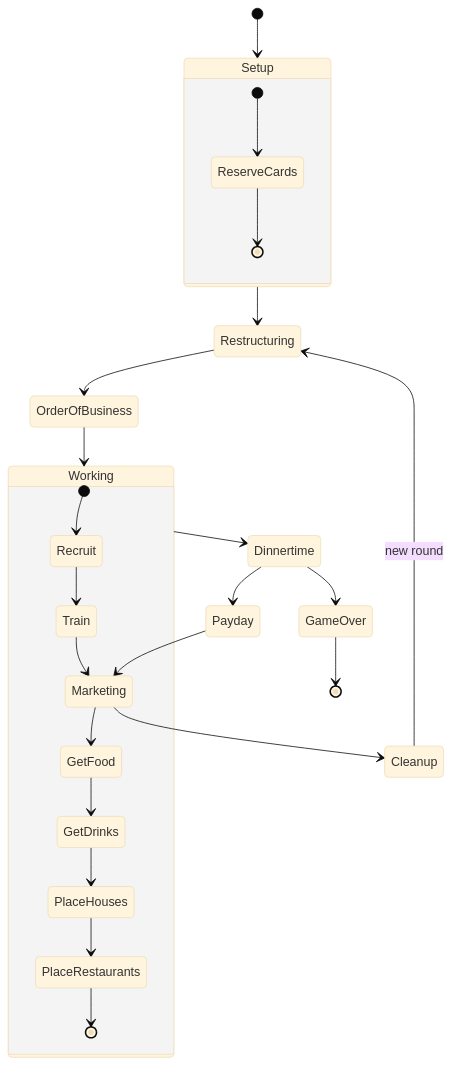
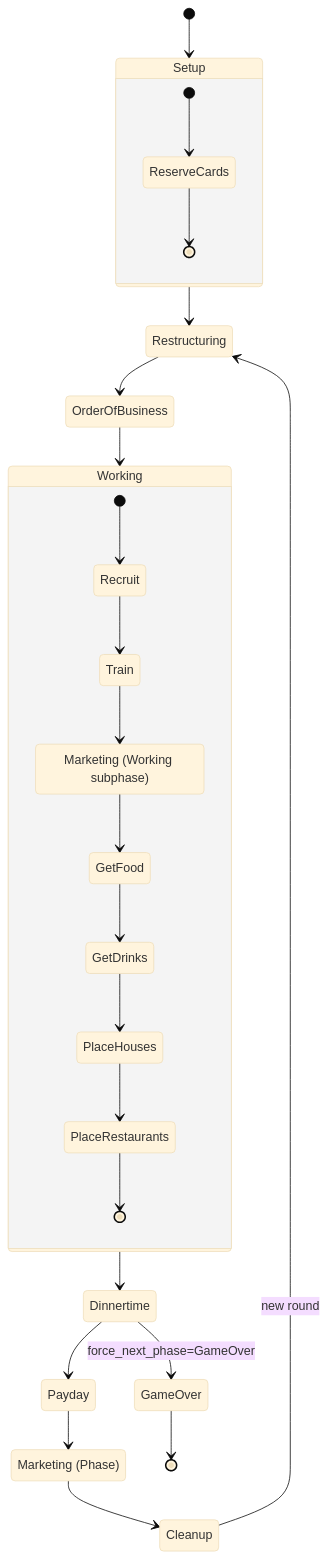
The second of 2 diagrams in docs/architecture/00-system-overview.md (ygowill/food_chain_magnate), drawn with Mermaid (base theme) before and after one commit. The commit also changed other lines of this file and 26 other files, not shown here.

Commit message:
docs(architecture): align diagrams with code and expand injection docs

````diff
--- a/docs/architecture/00-system-overview.md
+++ b/docs/architecture/00-system-overview.md
@@ -95,30 +95,34 @@
 ```mermaid
 stateDiagram-v2
+  %% 注意：Marketing 同时是 Working 子阶段名 & 独立阶段名；此图用别名避免 state id 冲突。
   [*] --> Setup
   state Setup {
     [*] --> ReserveCards
     ReserveCards --> [*]
   }
   Setup --> Restructuring
   Restructuring --> OrderOfBusiness
 
+  state "Marketing (Phase)" as MarketingPhase
+
   state Working {
+    state "Marketing (Working subphase)" as WorkingMarketing
     [*] --> Recruit
     Recruit --> Train
-    Train --> Marketing
-    Marketing --> GetFood
+    Train --> WorkingMarketing
+    WorkingMarketing --> GetFood
     GetFood --> GetDrinks
     GetDrinks --> PlaceHouses
     PlaceHouses --> PlaceRestaurants
     PlaceRestaurants --> [*]
   }
 
   OrderOfBusiness --> Working
   Working --> Dinnertime
   Dinnertime --> Payday
-  Payday --> Marketing
-  Marketing --> Cleanup
+  Payday --> MarketingPhase
+  MarketingPhase --> Cleanup
   Cleanup --> Restructuring : new round
-  Dinnertime --> GameOver
+  Dinnertime --> GameOver : force_next_phase=GameOver
   GameOver --> [*]
 ```
````
